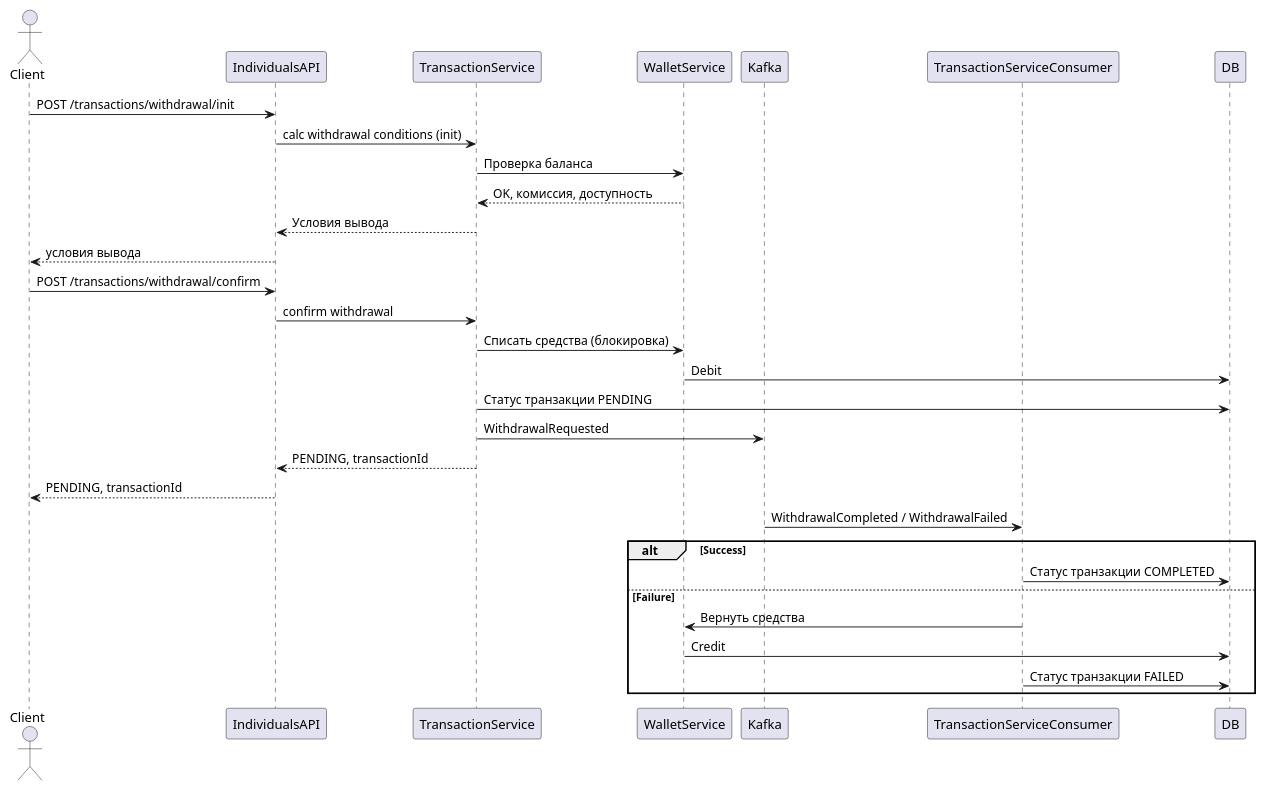
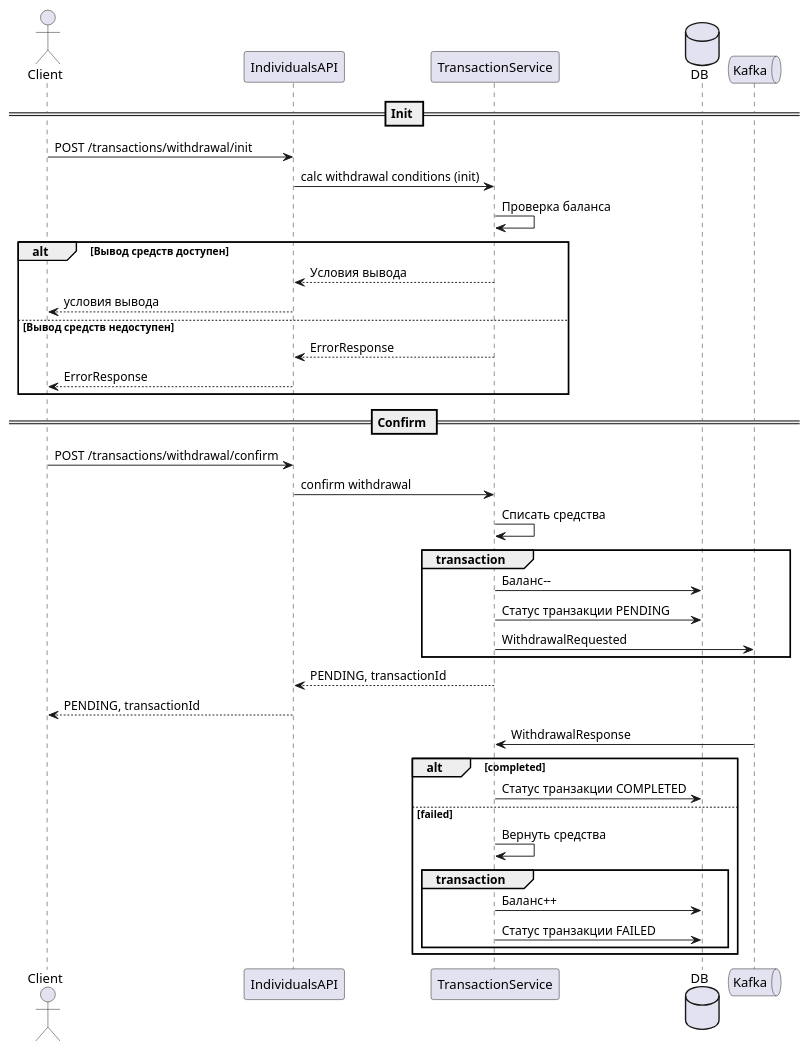
The diagram in diagram/withdrawal.puml (diamam90/payment-system), drawn with PlantUML before and after one commit. The commit also changed 5 other files, not shown here.

```diff
--- a/diagram/withdrawal.puml
+++ b/diagram/withdrawal.puml
@@ -1,33 +1,42 @@
 @startuml
 actor Client
 participant IndividualsAPI
 participant TransactionService
-participant WalletService
-participant Kafka
-participant TransactionServiceConsumer
+database DB
+queue Kafka
 
+== Init ==
 Client -> IndividualsAPI: POST /transactions/withdrawal/init
 IndividualsAPI -> TransactionService: calc withdrawal conditions (init)
-TransactionService -> WalletService: Проверка баланса
-WalletService --> TransactionService: OK, комиссия, доступность
-TransactionService --> IndividualsAPI: Условия вывода
-IndividualsAPI --> Client: условия вывода
-
+TransactionService -> TransactionService: Проверка баланса
+alt Вывод средств доступен
+    TransactionService --> IndividualsAPI: Условия вывода
+    IndividualsAPI --> Client: условия вывода
+else Вывод средств недоступен
+    TransactionService --> IndividualsAPI: ErrorResponse
+    IndividualsAPI --> Client: ErrorResponse
+end
+== Confirm ==
 Client -> IndividualsAPI: POST /transactions/withdrawal/confirm
 IndividualsAPI -> TransactionService: confirm withdrawal
-TransactionService -> WalletService: Списать средства (блокировка)
-WalletService -> DB: Debit
-TransactionService -> DB: Статус транзакции PENDING
-TransactionService -> Kafka: WithdrawalRequested
+TransactionService -> TransactionService: Списать средства
+group transaction
+    TransactionService -> DB: Баланс--
+    TransactionService -> DB: Статус транзакции PENDING
+    TransactionService -> Kafka: WithdrawalRequested
+end
 TransactionService --> IndividualsAPI: PENDING, transactionId
 IndividualsAPI --> Client: PENDING, transactionId
 
-Kafka -> TransactionServiceConsumer: WithdrawalCompleted / WithdrawalFailed
-alt Success
-    TransactionServiceConsumer -> DB: Статус транзакции COMPLETED
-else Failure
-    TransactionServiceConsumer -> WalletService: Вернуть средства
-    WalletService -> DB: Credit
-    TransactionServiceConsumer -> DB: Статус транзакции FAILED
+Kafka -> TransactionService: WithdrawalResponse
+alt completed
+    TransactionService -> DB: Статус транзакции COMPLETED
+else failed
+    TransactionService -> TransactionService: Вернуть средства
+
+    group transaction
+        TransactionService -> DB: Баланс++
+        TransactionService -> DB: Статус транзакции FAILED
+    end
 end
 @enduml
```
